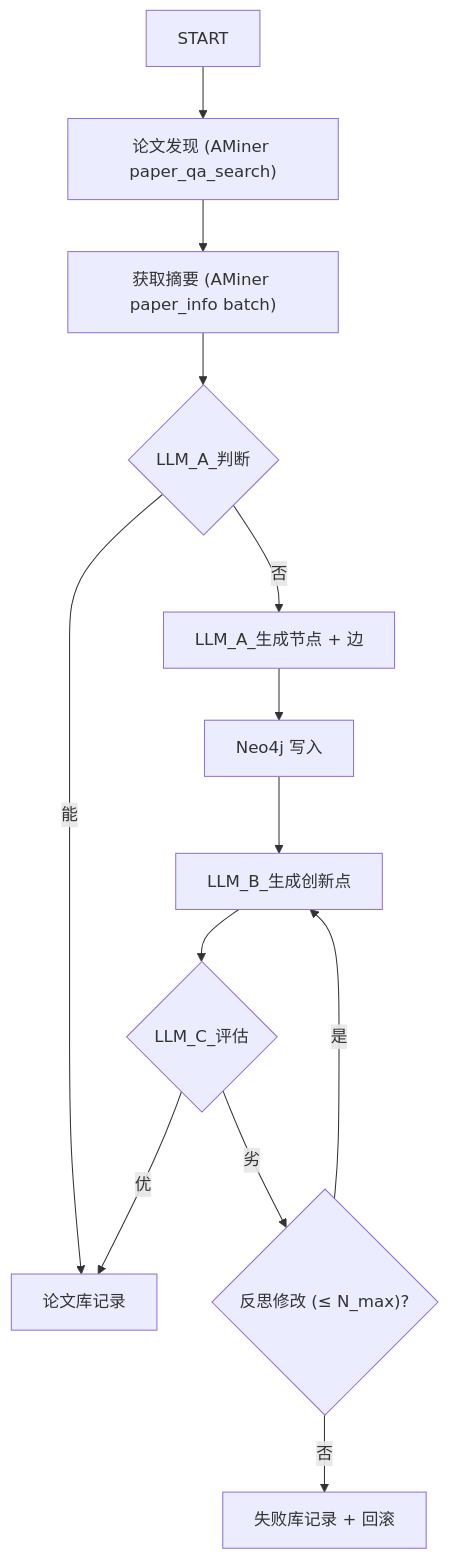
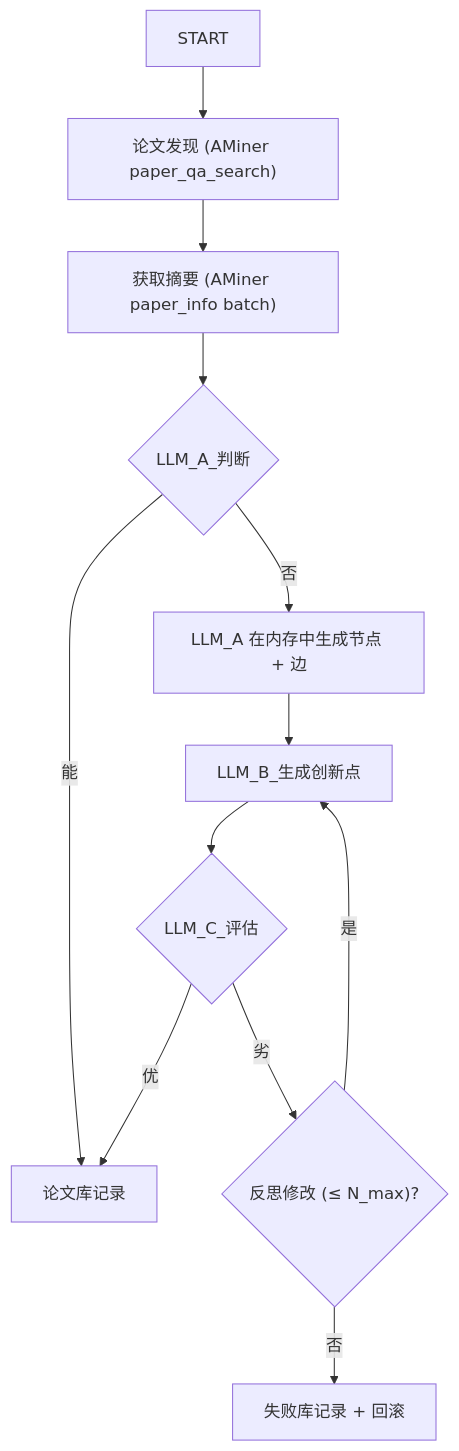
The second of 3 diagrams in doc/architecture.md (cheanus/IdeaForgeX), drawn with Mermaid before and after one commit. The commit also changed other lines of this file and 30 other files, not shown here.

````diff
--- a/doc/architecture.md
+++ b/doc/architecture.md
@@ -94,16 +94,15 @@
 ```mermaid
 flowchart TD
     S["START"]
     S --> D["论文发现 (AMiner paper_qa_search)"]
     D --> P1["获取摘要 (AMiner paper_info batch)"]
     P1 --> A1{"LLM_A_判断"}
     A1 -->|能| PAPER["论文库记录"]
-    A1 -->|否| A2["LLM_A_生成节点 + 边"]
-    A2 --> NEO["Neo4j 写入"]
-    NEO --> B["LLM_B_生成创新点"]
+    A1 -->|否| A2["LLM_A 在内存中生成节点 + 边"]
+    A2 --> B["LLM_B_生成创新点"]
     B --> C{"LLM_C_评估"}
     C -->|优| PAPER
     C -->|劣| RETRY{"反思修改 (≤ N_max)?"}
     RETRY -->|是| B
     RETRY -->|否| FAIL["失败库记录 + 回滚"]
 ```
````
